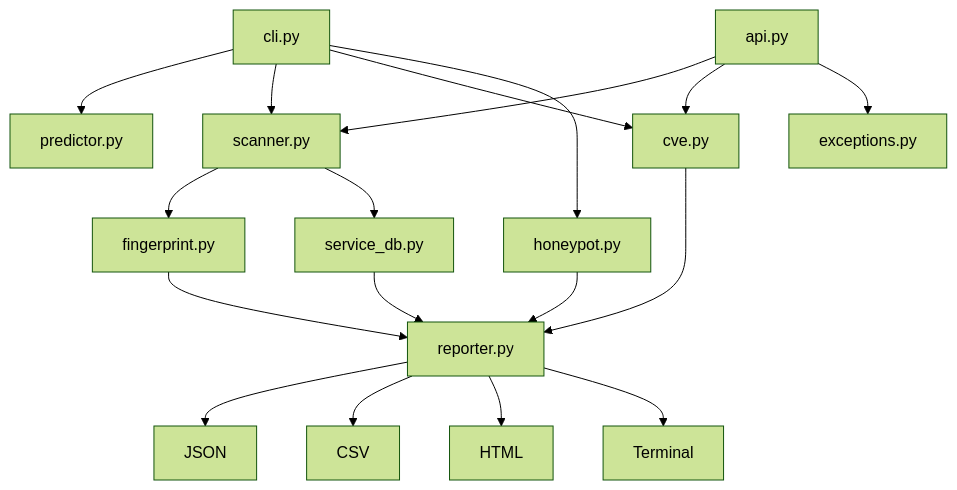
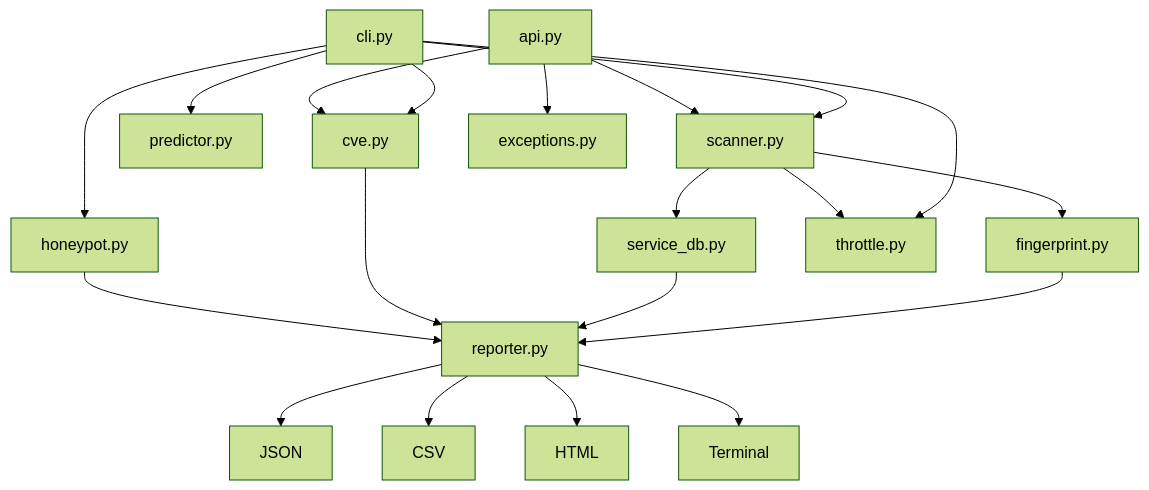
Before and after one commit to JakobBartoschek/porthawk: the diagram in README.md, drawn with Mermaid (forest theme). The commit also changed other lines of this file and 9 other files, not shown here.

````diff
--- a/README.md
+++ b/README.md
@@ -45,35 +46,38 @@
 ```mermaid
 flowchart TD
     CLI["cli.py"]
     API["api.py"]
     SCAN["scanner.py"]
     FP["fingerprint.py"]
     PRED["predictor.py"]
     SDB["service_db.py"]
     CVE["cve.py"]
     HP["honeypot.py"]
+    TH["throttle.py"]
     EXC["exceptions.py"]
     REP["reporter.py"]
     OUT_JSON["JSON"]
     OUT_CSV["CSV"]
     OUT_HTML["HTML"]
     OUT_TERM["Terminal"]
 
     CLI --> PRED
     CLI --> SCAN
     CLI --> CVE
     CLI --> HP
+    CLI --> TH
     API --> SCAN
+    SCAN --> TH
     API --> CVE
     API --> EXC
     SCAN --> FP
     SCAN --> SDB
     FP --> REP
     SDB --> REP
     CVE --> REP
     HP --> REP
     REP --> OUT_JSON
     REP --> OUT_CSV
     REP --> OUT_HTML
     REP --> OUT_TERM
 ```
````
